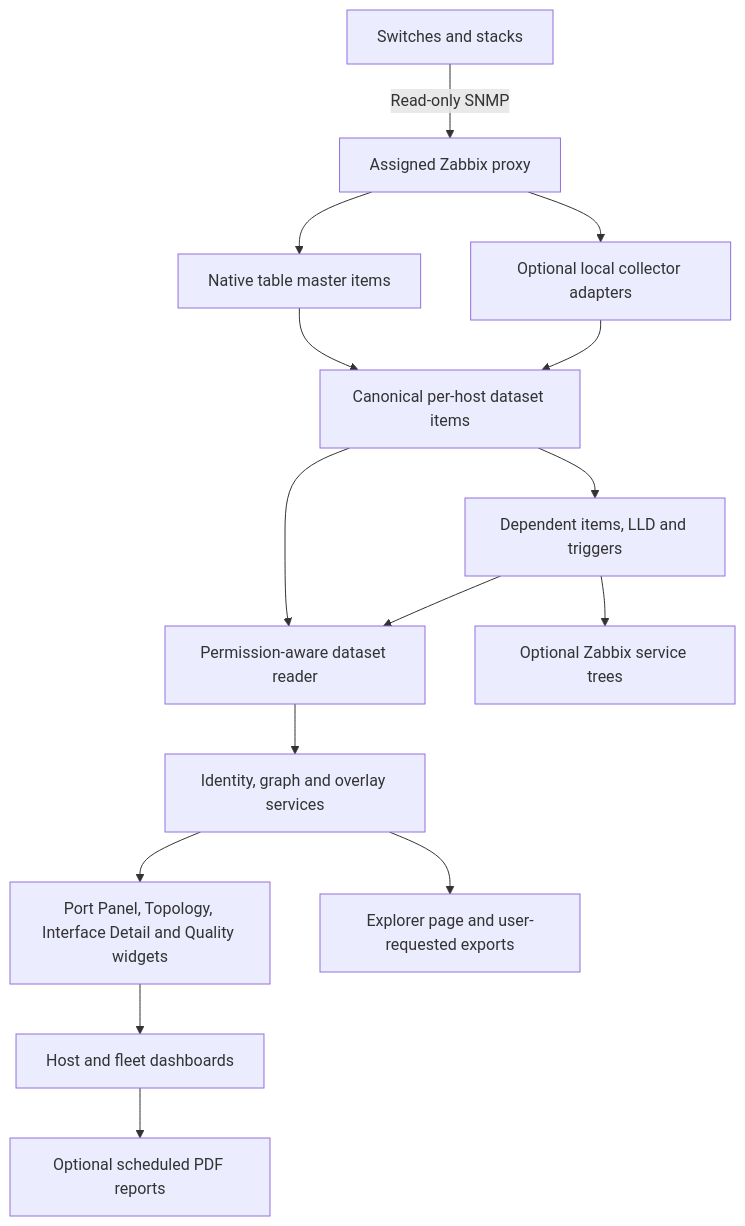
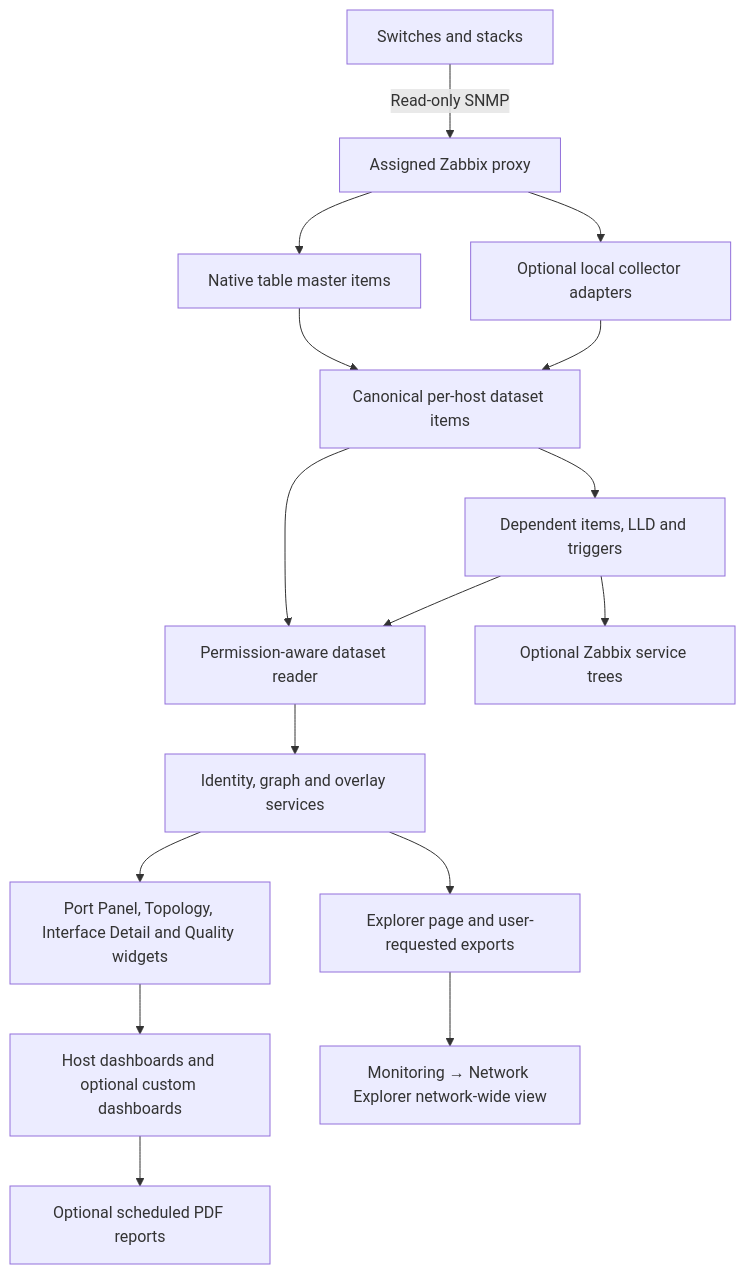
The diagram in docs/network-explorer/DESIGN.md (sjackson0109/ZabbixModules), drawn with Mermaid before and after one commit. The commit also changed other lines of this file and 16 other files, not shown here.

````diff
--- a/docs/network-explorer/DESIGN.md
+++ b/docs/network-explorer/DESIGN.md
@@ -15,17 +17,18 @@
 ```mermaid
 flowchart TB
   D[Switches and stacks] -->|Read-only SNMP| P[Assigned Zabbix proxy]
   P --> N[Native table master items]
   P --> A[Optional local collector adapters]
   N --> C[Canonical per-host dataset items]
   A --> C
   C --> L[Dependent items, LLD and triggers]
   C --> R[Permission-aware dataset reader]
   L --> R
   R --> G[Identity, graph and overlay services]
   G --> W[Port Panel, Topology, Interface Detail and Quality widgets]
   G --> E[Explorer page and user-requested exports]
   L --> S[Optional Zabbix service trees]
-  W --> H[Host and fleet dashboards]
+  W --> H[Host dashboards and optional custom dashboards]
+  E --> X[Monitoring → Network Explorer network-wide view]
   H --> F[Optional scheduled PDF reports]
 ```
````
